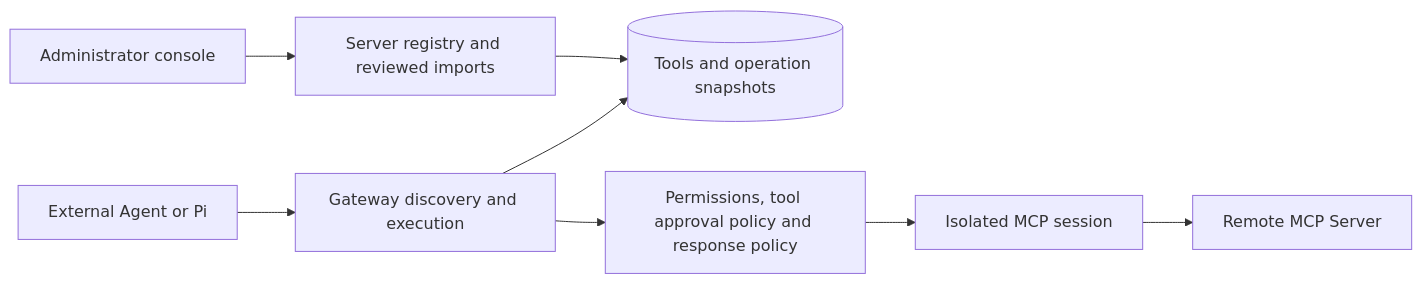
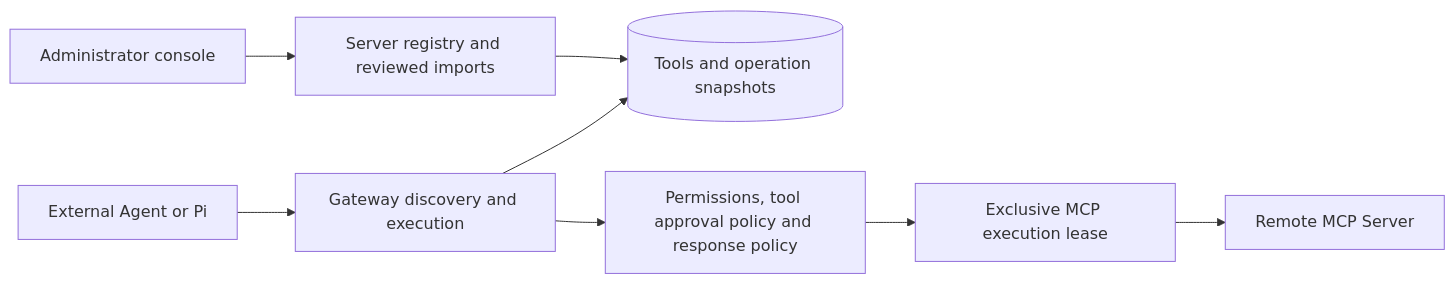
Before and after one commit to alan1-666/mcp-gateway: the diagram in docs/remote-mcp-contract.md, drawn with Mermaid. The commit also changed other lines of this file and 26 other files, not shown here.

Commit message:
feat: retain scoped MCP execution sessions safely

````diff
--- a/docs/remote-mcp-contract.md
+++ b/docs/remote-mcp-contract.md
@@ -9,10 +9,10 @@
 ```mermaid
 flowchart LR
   Agent[External Agent or Pi] --> Gateway[Gateway discovery and execution]
   Admin[Administrator console] --> Registry[Server registry and reviewed imports]
   Registry --> DB[(Tools and operation snapshots)]
   Gateway --> DB
   Gateway --> Policy[Permissions, tool approval policy and response policy]
-  Policy --> Adapter[Isolated MCP session]
+  Policy --> Adapter[Exclusive MCP execution lease]
   Adapter --> Upstream[Remote MCP Server]
 ```
````
